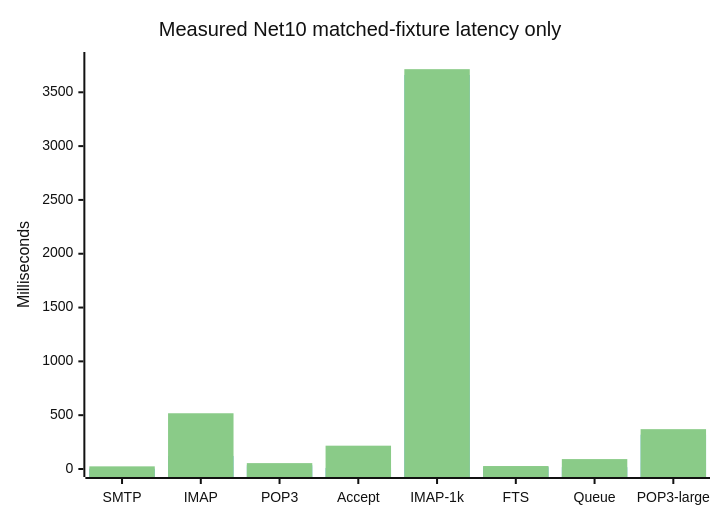
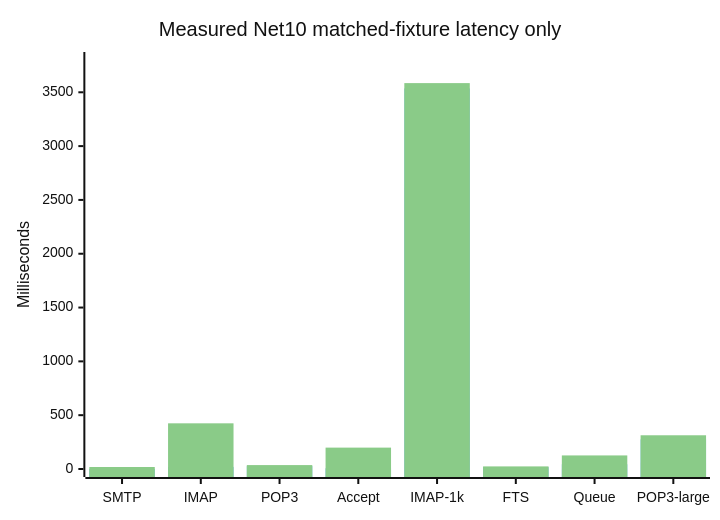
The first of 9 diagrams in README.md (mk148a/hmailserver), drawn with Mermaid (neutral theme) before and after one commit. The commit also changed other lines of this file and 4 other files, not shown here.

````diff
--- a/README.md
+++ b/README.md
@@ -155,9 +156,9 @@
 ```mermaid
 xychart-beta
     title "Measured Net10 matched-fixture latency only"
     x-axis [SMTP, IMAP, POP3, Accept, IMAP-1k, FTS, Queue, POP3-large]
     y-axis "Milliseconds" 0 --> 3800
-    bar [1.254, 19.432, 19.007, 6.011, 2914.176, 10.348, 8.584, 60.214]
-    bar [3.311, 121.194, 34.755, 9.742, 3660.792, 17.463, 17.595, 318.506]
-    bar [24.569, 517.908, 54.679, 216.675, 3714.839, 27.586, 92.114, 370.136]
+    bar [0.724, 12.463, 17.781, 5.995, 2610.928, 6.903, 5.267, 61.354]
+    bar [1.330, 19.775, 27.875, 7.031, 3536.025, 17.852, 43.910, 275.177]
+    bar [18.543, 424.364, 36.395, 198.675, 3585.298, 24.119, 126.114, 313.342]
 ```
````
